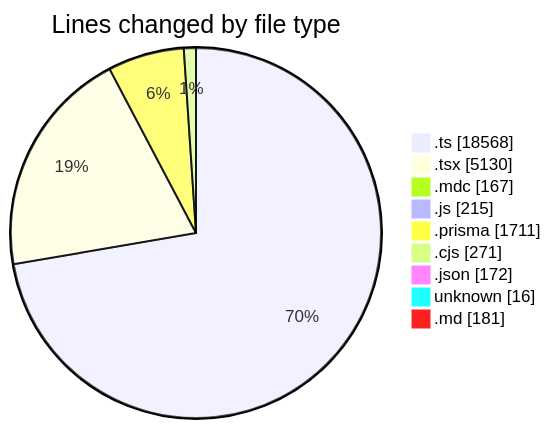
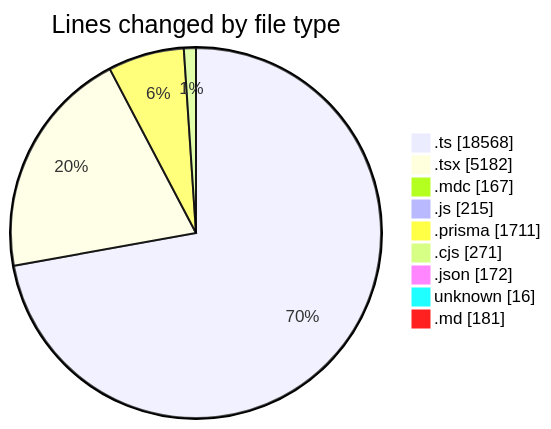
Before and after one commit to CELIANVF/code-tracking: the first of 2 diagrams in 2025-06-06/ecodeli-1/README.md, drawn with Mermaid. The commit also changed other lines of this file and 1 other file, not shown here.

````diff
--- a/2025-06-06/ecodeli-1/README.md
+++ b/2025-06-06/ecodeli-1/README.md
@@ -96,13 +97,13 @@
 ```mermaid
 pie showData
 title Lines changed by file type
 ".ts" : 18568
-".tsx" : 5130
+".tsx" : 5182
 ".mdc" : 167
 ".js" : 215
 ".prisma" : 1711
 ".cjs" : 271
 ".json" : 172
 "unknown" : 16
 ".md" : 181
 ```
````
